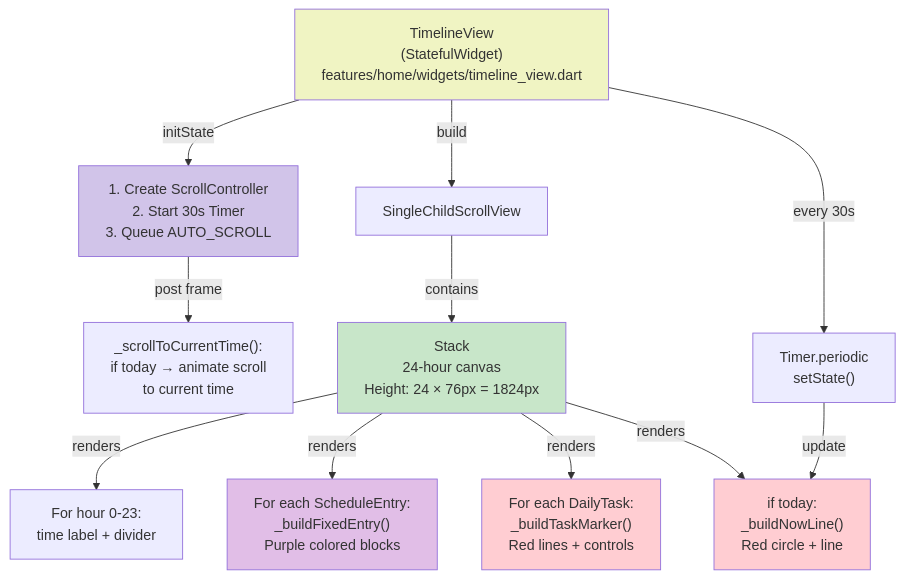
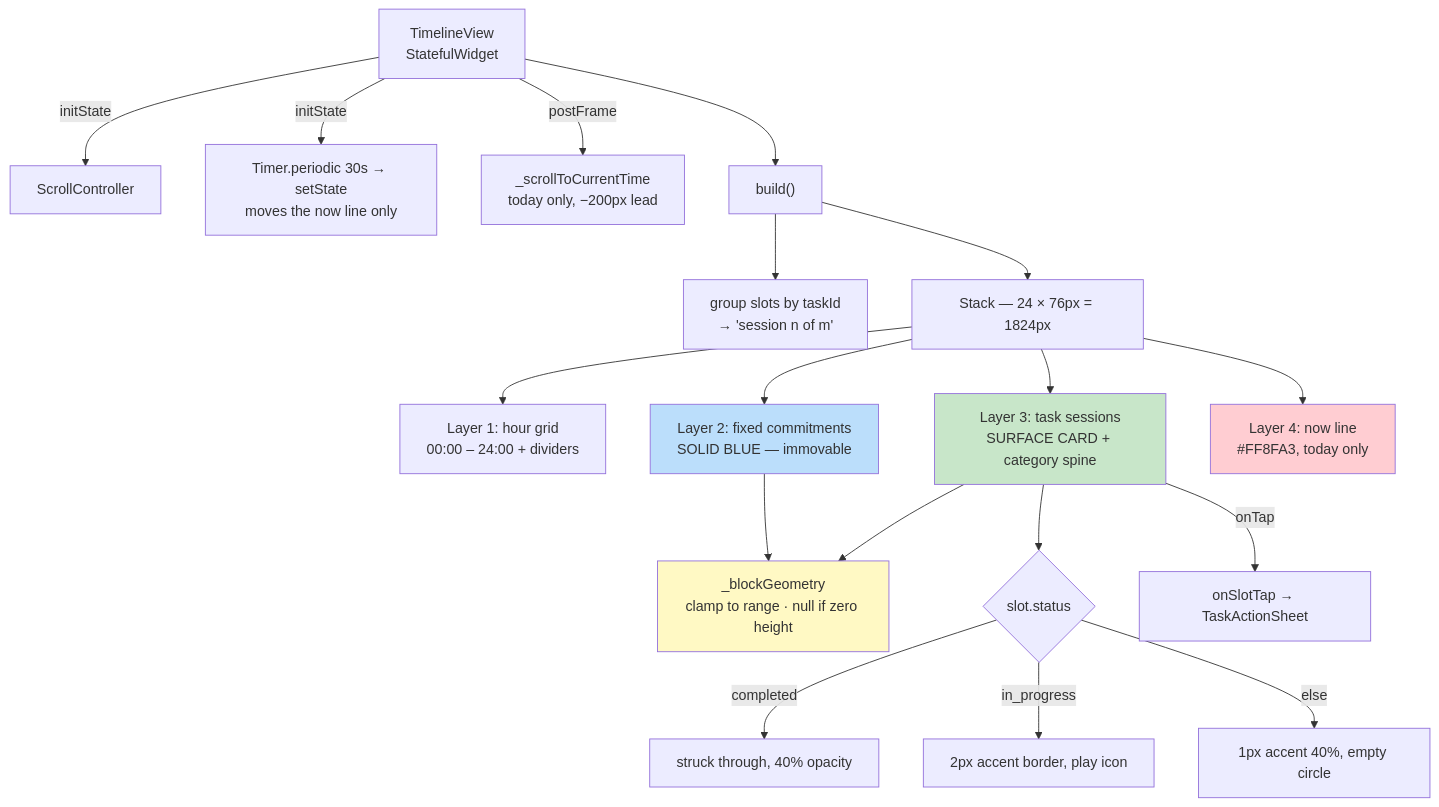
The seventh of 11 diagrams in SAARTHI V1.3.0/app files/docs/ARCHITECTURE_DIAGRAMS.md (Spathneja21/SAARTHI), drawn with Mermaid before and after one commit. The commit also changed other lines of this file and 26 other files, not shown here.

````diff
--- a/SAARTHI V1.3.0/app files/docs/ARCHITECTURE_DIAGRAMS.md
+++ b/SAARTHI V1.3.0/app files/docs/ARCHITECTURE_DIAGRAMS.md
@@ -155,31 +318,32 @@
 ```mermaid
 graph TD
-    TV["TimelineView<br/>(StatefulWidget)<br/>features/home/widgets/timeline_view.dart"]
-    
-    TV -->|initState| TV_INIT["1. Create ScrollController<br/>2. Start 30s Timer<br/>3. Queue AUTO_SCROLL"]
-    
-    TV_INIT -->|post frame| TV_SCROLL["_scrollToCurrentTime():<br/>if today → animate scroll<br/>to current time"]
-    
-    TV -->|build| TV_SCROLL_VW["SingleChildScrollView"]
-    
-    TV_SCROLL_VW -->|contains| TV_STACK["Stack<br/>24-hour canvas<br/>Height: 24 × 76px = 1824px"]
-    
-    TV_STACK -->|renders| TV_LABELS["For hour 0-23:<br/>time label + divider"]
-    
-    TV_STACK -->|renders| TV_FIXED["For each ScheduleEntry:<br/>_buildFixedEntry()<br/>Purple colored blocks"]
-    
-    TV_STACK -->|renders| TV_TASKS["For each DailyTask:<br/>_buildTaskMarker()<br/>Red lines + controls"]
-    
-    TV_STACK -->|renders| TV_NOW["if today:<br/>_buildNowLine()<br/>Red circle + line"]
-    
-    TV -->|every 30s| TV_TIMER["Timer.periodic<br/>setState()"]
-    
-    TV_TIMER -->|update| TV_NOW
-    
-    style TV fill:#f0f4c3
-    style TV_INIT fill:#d1c4e9
-    style TV_STACK fill:#c8e6c9
-    style TV_FIXED fill:#e1bee7
-    style TV_TASKS fill:#ffcdd2
-    style TV_NOW fill:#ffcdd2
+    TV["TimelineView<br/>StatefulWidget"]
+
+    TV -->|"initState"| I1["ScrollController"]
+    TV -->|"initState"| I2["Timer.periodic 30s → setState<br/>moves the now line only"]
+    TV -->|"postFrame"| I3["_scrollToCurrentTime<br/>today only, −200px lead"]
+
+    TV --> BUILD["build()"]
+    BUILD --> GRP["group slots by taskId<br/>→ 'session n of m'"]
+    BUILD --> CANVAS["Stack — 24 × 76px = 1824px"]
+
+    CANVAS --> L1["Layer 1: hour grid<br/>00:00 – 24:00 + dividers"]
+    CANVAS --> L2["Layer 2: fixed commitments<br/>SOLID BLUE — immovable"]
+    CANVAS --> L3["Layer 3: task sessions<br/>SURFACE CARD + category spine"]
+    CANVAS --> L4["Layer 4: now line<br/>#FF8FA3, today only"]
+
+    L2 --> G["_blockGeometry<br/>clamp to range · null if zero height"]
+    L3 --> G
+
+    L3 --> ST{"slot.status"}
+    ST -->|"completed"| S1["struck through, 40% opacity"]
+    ST -->|"in_progress"| S2["2px accent border, play icon"]
+    ST -->|"else"| S3["1px accent 40%, empty circle"]
+
+    L3 -->|"onTap"| TAP["onSlotTap → TaskActionSheet"]
+
+    style L2 fill:#bbdefb
+    style L3 fill:#c8e6c9
+    style L4 fill:#ffcdd2
+    style G fill:#fff9c4
 ```
````
